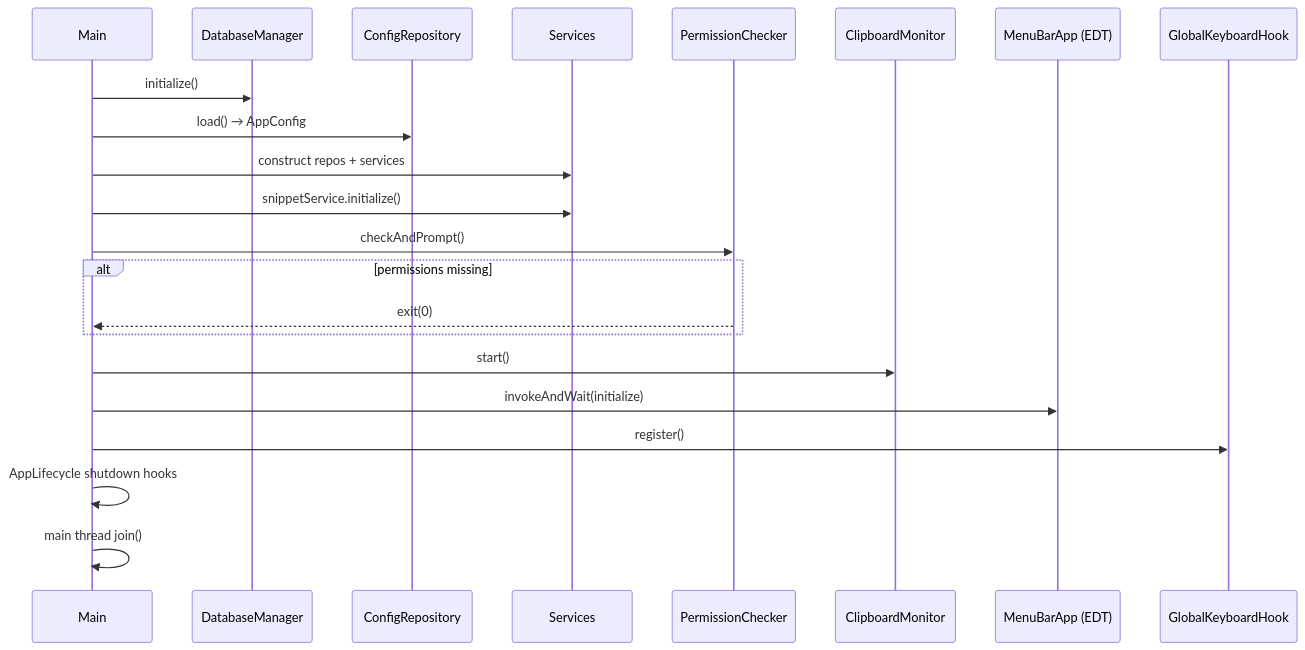
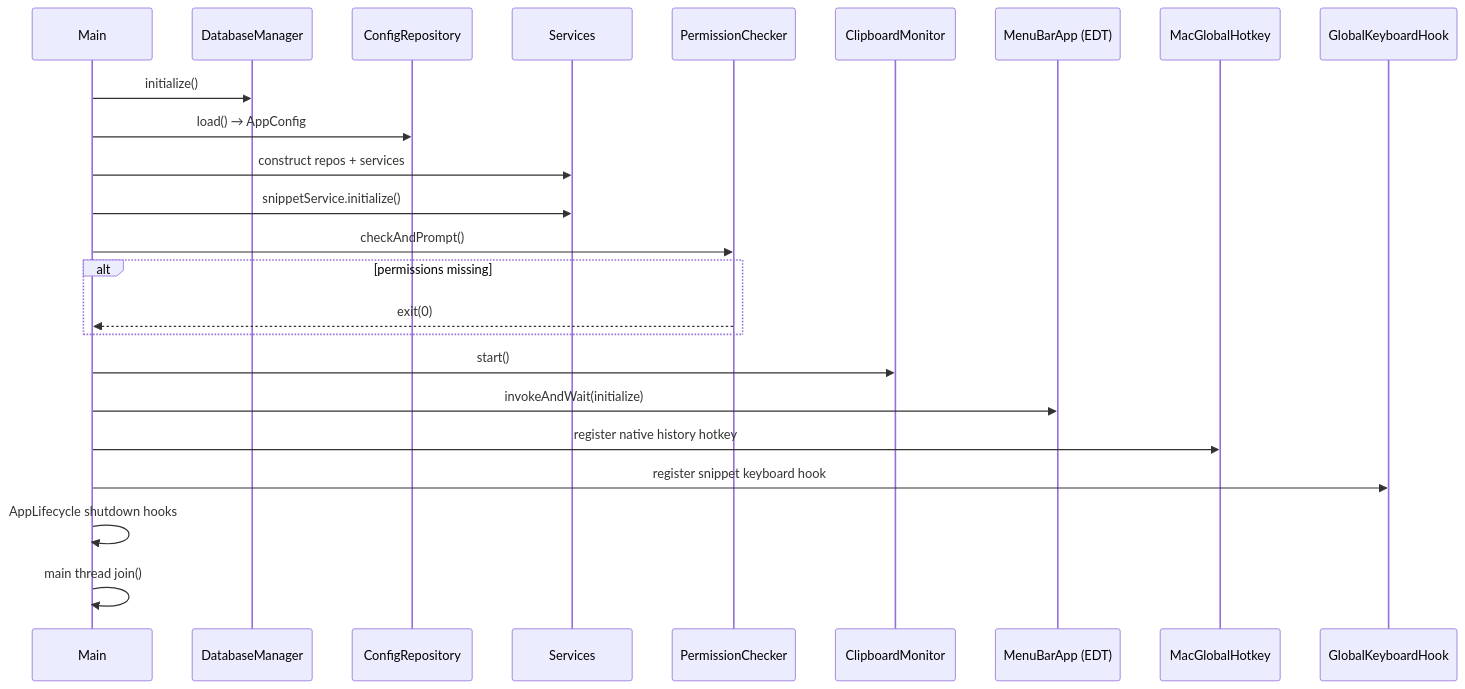
The second of 5 diagrams in README.md (Meghna2528/Pasties), drawn with Mermaid before and after one commit. The commit also changed other lines of this file and 9 other files, not shown here.

````diff
--- a/README.md
+++ b/README.md
@@ -428,25 +441,27 @@
 ```mermaid
 sequenceDiagram
     participant Main
     participant DB as DatabaseManager
     participant Config as ConfigRepository
     participant Svc as Services
     participant Perm as PermissionChecker
     participant Mon as ClipboardMonitor
     participant UI as MenuBarApp (EDT)
+    participant Hotkey as MacGlobalHotkey
     participant Hook as GlobalKeyboardHook
 
     Main->>DB: initialize()
     Main->>Config: load() → AppConfig
     Main->>Svc: construct repos + services
     Main->>Svc: snippetService.initialize()
     Main->>Perm: checkAndPrompt()
     alt permissions missing
         Perm-->>Main: exit(0)
     end
     Main->>Mon: start()
     Main->>UI: invokeAndWait(initialize)
-    Main->>Hook: register()
+    Main->>Hotkey: register native history hotkey
+    Main->>Hook: register snippet keyboard hook
     Main->>Main: AppLifecycle shutdown hooks
     Main->>Main: main thread join()
 ```
````
